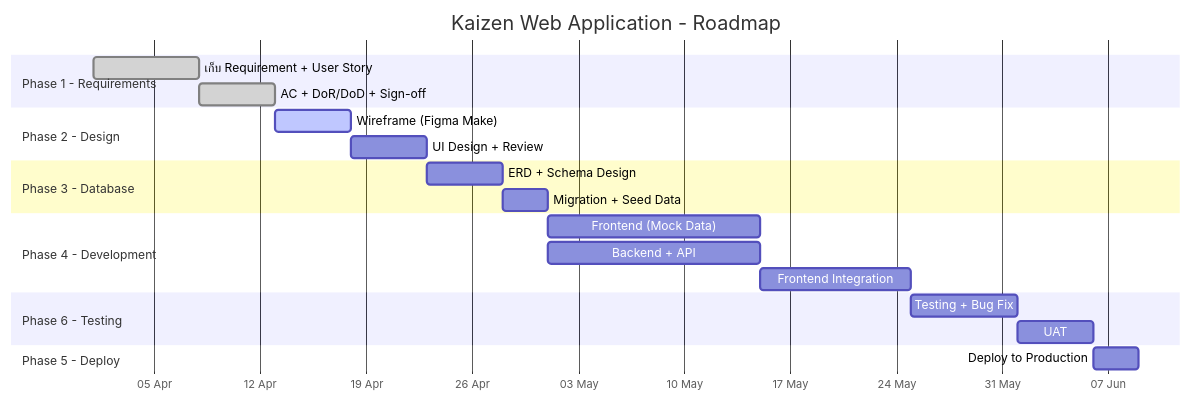
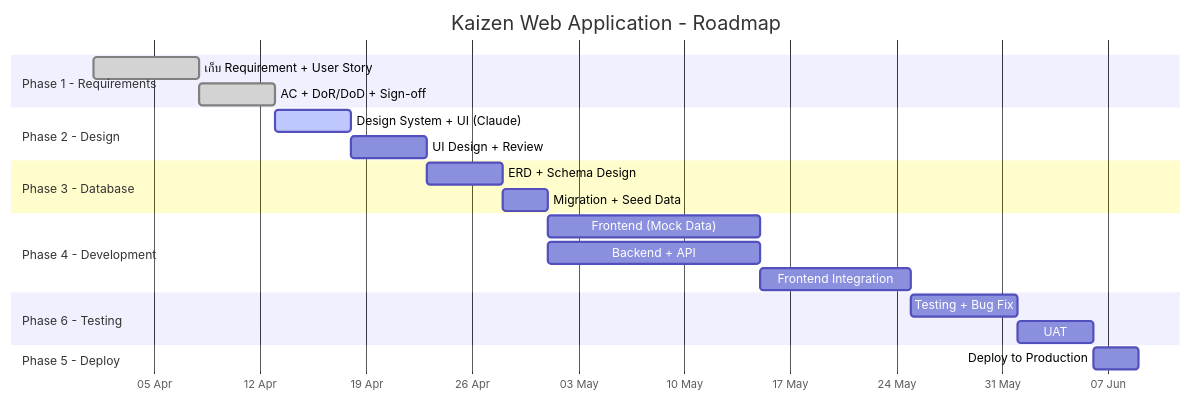
Before and after one commit to Siam-GS-Battery/SOP-SDLC-PLAN: the second of 2 diagrams in documentation/01_REQUIREMENTS/1.4_Roadmap_Timeline_Asana_Link.md, drawn with Mermaid. The commit also changed other lines of this file and 20 other files, not shown here.

Commit message:
docs(design): drop Figma, reduce Design phase to Design System + UI by Claude

````diff
--- a/documentation/01_REQUIREMENTS/1.4_Roadmap_Timeline_Asana_Link.md
+++ b/documentation/01_REQUIREMENTS/1.4_Roadmap_Timeline_Asana_Link.md
@@ -73,30 +73,30 @@
 ```mermaid
 gantt
     title Kaizen Web Application - Roadmap
     dateFormat  YYYY-MM-DD
     axisFormat  %d %b
 
     section Phase 1 - Requirements
     เก็บ Requirement + User Story    :done, req, 2026-04-01, 7d
     AC + DoR/DoD + Sign-off          :done, ac, after req, 5d
 
     section Phase 2 - Design
-    Wireframe (Figma Make)           :active, wf, after ac, 5d
+    Design System + UI (Claude)         :active, wf, after ac, 5d
     UI Design + Review               :uid, after wf, 5d
 
     section Phase 3 - Database
     ERD + Schema Design              :erd, after uid, 5d
     Migration + Seed Data            :mig, after erd, 3d
 
     section Phase 4 - Development
     Frontend (Mock Data)             :fe, after mig, 14d
     Backend + API                    :be, after mig, 14d
     Frontend Integration             :int, after fe, 10d
 
     section Phase 6 - Testing
     Testing + Bug Fix                :test, after int, 7d
     UAT                              :uat, after test, 5d
 
     section Phase 5 - Deploy
     Deploy to Production             :deploy, after uat, 3d
 ```
````
